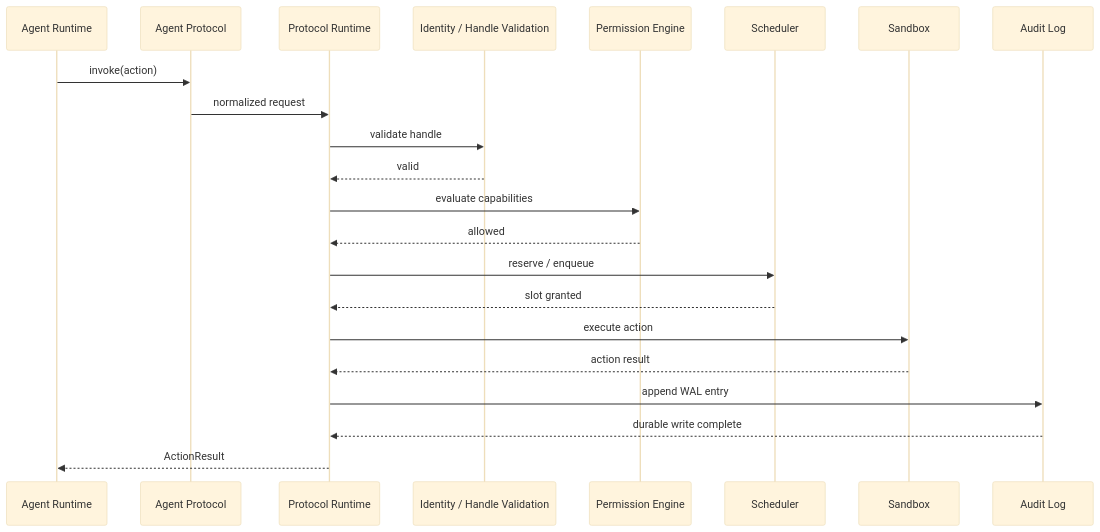
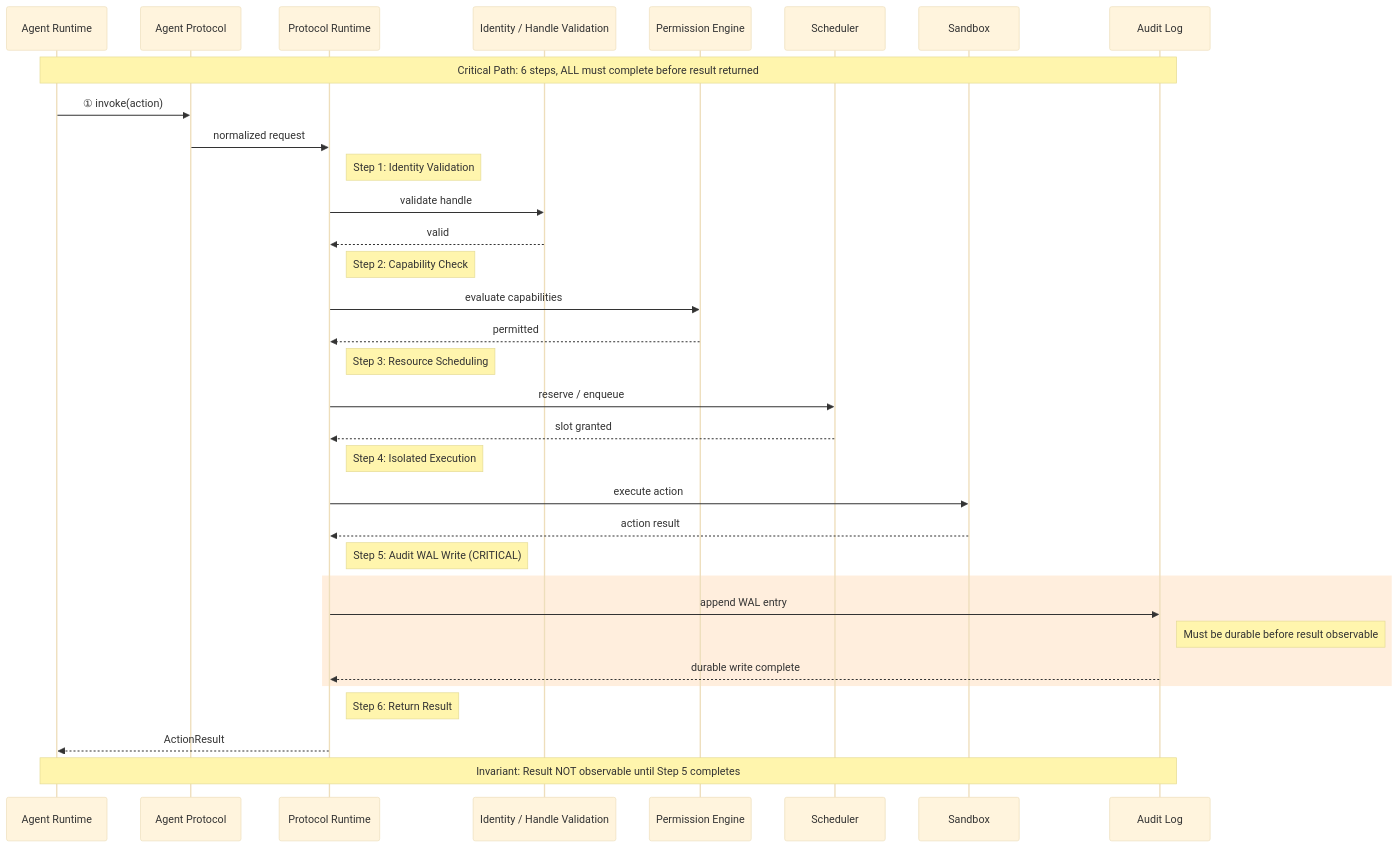
One commit to 0xnicholas/aces changed the diagram in docs/architecture/diagrams/kernel-protocol-invoke-sequence.mmd. Above: the diagram before and after it, drawn with Mermaid (base theme). The commit also changed 16 other files, not shown here.

First line of the commit message:
docs(architecture): comprehensive architecture documentation refresh

```diff
--- a/docs/architecture/diagrams/kernel-protocol-invoke-sequence.mmd
+++ b/docs/architecture/diagrams/kernel-protocol-invoke-sequence.mmd
@@ -1,23 +1,42 @@
 sequenceDiagram
     participant Runtime as Agent Runtime
     participant Protocol as Agent Protocol
     participant PR as Protocol Runtime
     participant Identity as Identity / Handle Validation
     participant Policy as Permission Engine
     participant Scheduler
     participant Sandbox
     participant Audit as Audit Log
 
-    Runtime->>Protocol: invoke(action)
+    Note over Runtime,Audit: Critical Path: 6 steps, ALL must complete before result returned
+
+    Runtime->>Protocol: ① invoke(action)
     Protocol->>PR: normalized request
+    
+    Note right of PR: Step 1: Identity Validation
     PR->>Identity: validate handle
     Identity-->>PR: valid
+    
+    Note right of PR: Step 2: Capability Check
     PR->>Policy: evaluate capabilities
-    Policy-->>PR: allowed
+    Policy-->>PR: permitted
+    
+    Note right of PR: Step 3: Resource Scheduling
     PR->>Scheduler: reserve / enqueue
     Scheduler-->>PR: slot granted
+    
+    Note right of PR: Step 4: Isolated Execution
     PR->>Sandbox: execute action
     Sandbox-->>PR: action result
-    PR->>Audit: append WAL entry
-    Audit-->>PR: durable write complete
+    
+    Note right of PR: Step 5: Audit WAL Write (CRITICAL)
+    rect rgb(255, 238, 221)
+        PR->>Audit: append WAL entry
+        Note right of Audit: Must be durable before result observable
+        Audit-->>PR: durable write complete
+    end
+    
+    Note right of PR: Step 6: Return Result
     PR-->>Runtime: ActionResult
+    
+    Note over Runtime,Audit: Invariant: Result NOT observable until Step 5 completes
```
